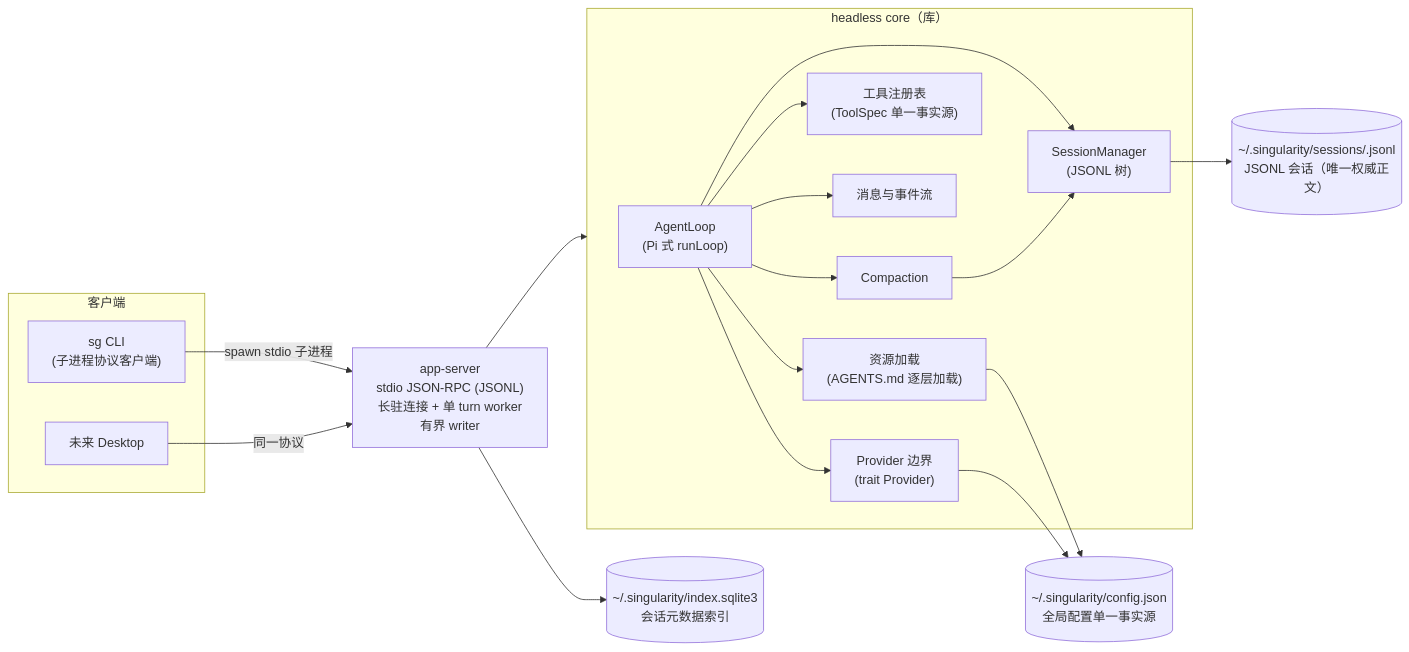
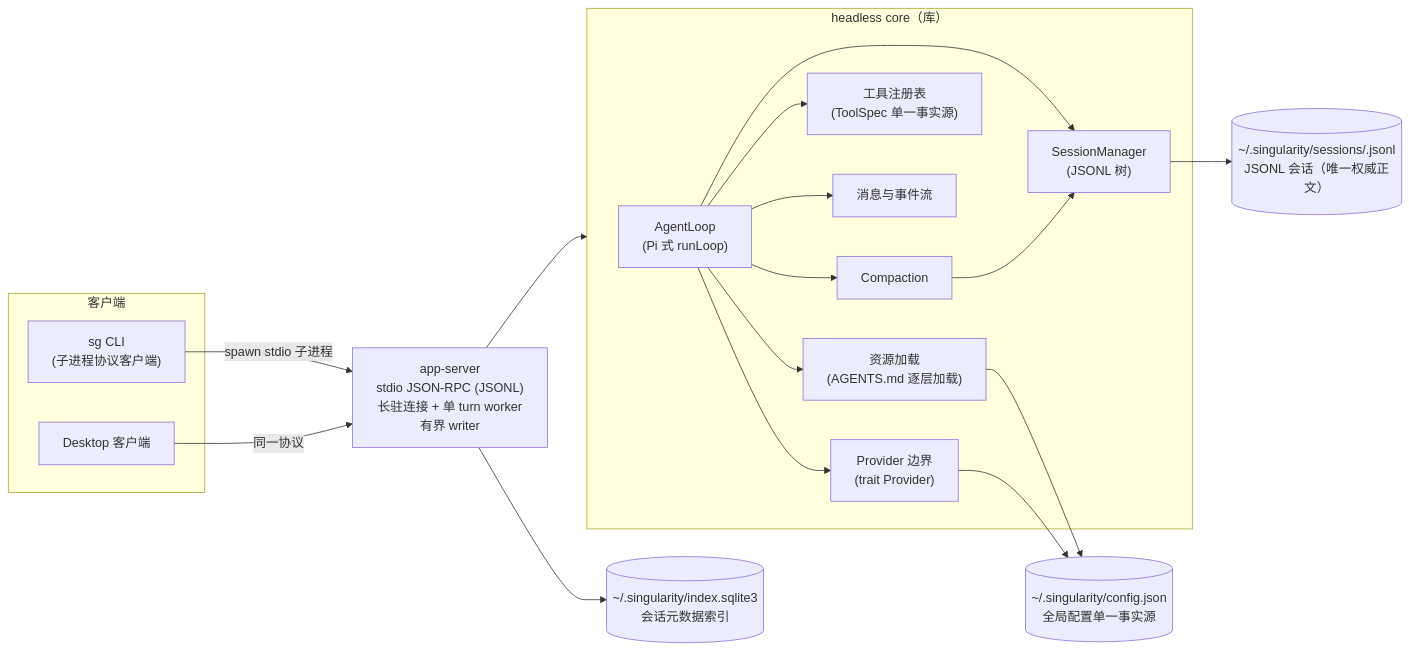
Before and after one commit to qjcnmd/singularity-agent: the first of 8 diagrams in docs/singularity.md, drawn with Mermaid. The commit also changed other lines of this file and 49 other files, not shown here.

````diff
--- a/docs/singularity.md
+++ b/docs/singularity.md
@@ -18,35 +18,35 @@
 ```mermaid
 flowchart LR
     subgraph Client["客户端"]
         CLI["sg CLI<br/>(子进程协议客户端)"]
-        Dsk["未来 Desktop"]
+        Dsk["Desktop 客户端"]
     end
     Svr["app-server<br/>stdio JSON-RPC (JSONL)<br/>长驻连接 + 单 turn worker<br/>有界 writer"]
     subgraph Core["headless core（库）"]
         Loop["AgentLoop<br/>(Pi 式 runLoop)"]
         SM["SessionManager<br/>(JSONL 树)"]
         CP["Compaction"]
         TR["工具注册表<br/>(ToolSpec 单一事实源)"]
         EV["消息与事件流"]
         RL["资源加载<br/>(AGENTS.md 逐层加载)"]
         PV["Provider 边界<br/>(trait Provider)"]
     end
     CFG[("~/.singularity/config.json<br/>全局配置单一事实源")]
     SES[("~/.singularity/sessions/<uuid>.jsonl<br/>JSONL 会话（唯一权威正文）")]
 
     IDX[("~/.singularity/index.sqlite3<br/>会话元数据索引")]
     CLI -->|"spawn stdio 子进程"| Svr
     Dsk -->|"同一协议"| Svr
     Svr --> Core
     Loop --> SM
     Loop --> CP
     Loop --> TR
     Loop --> EV
     Loop --> RL
     Loop --> PV
     CP --> SM
     SM --> SES
     Svr --> IDX
     RL --> CFG
     PV --> CFG
 ```
````
